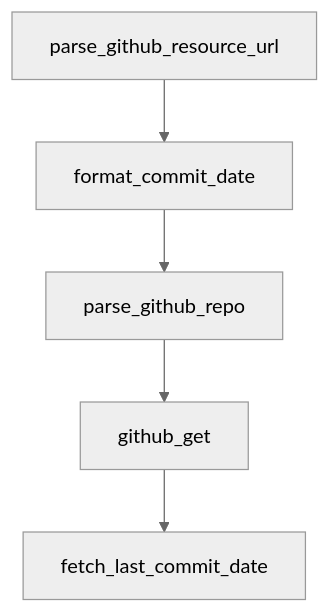
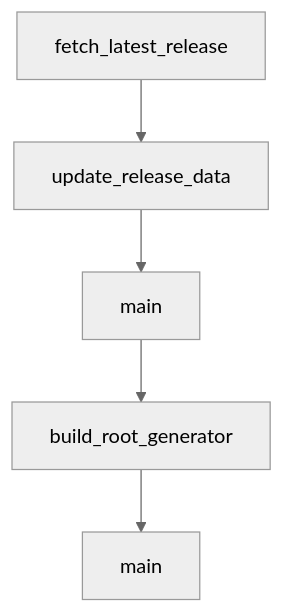
The diagram in tutorials/awesome-claude-code-tutorial/07-link-health-validation-and-drift-control.md (johnxie/awesome-code-docs), drawn with Mermaid (neutral theme) before and after one commit. The commit also changed other lines of this file and 1232 other files, not shown here.

````diff
--- a/tutorials/awesome-claude-code-tutorial/07-link-health-validation-and-drift-control.md
+++ b/tutorials/awesome-claude-code-tutorial/07-link-health-validation-and-drift-control.md
@@ -215,12 +213,12 @@
 ```mermaid
 flowchart TD
-    A[parse_github_resource_url]
-    B[format_commit_date]
-    C[parse_github_repo]
-    D[github_get]
-    E[fetch_last_commit_date]
+    A[fetch_latest_release]
+    B[update_release_data]
+    C[main]
+    D[build_root_generator]
+    E[main]
     A --> B
     B --> C
     C --> D
     D --> E
 ```
````
